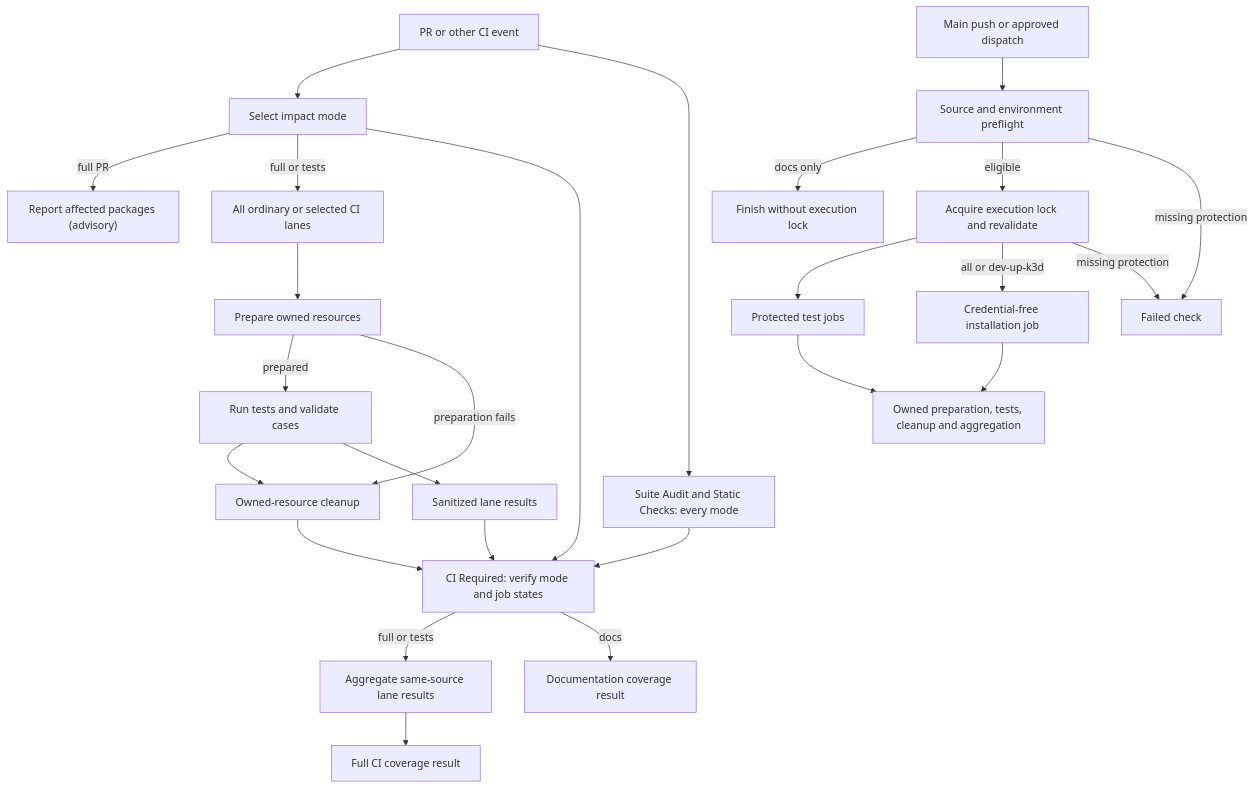
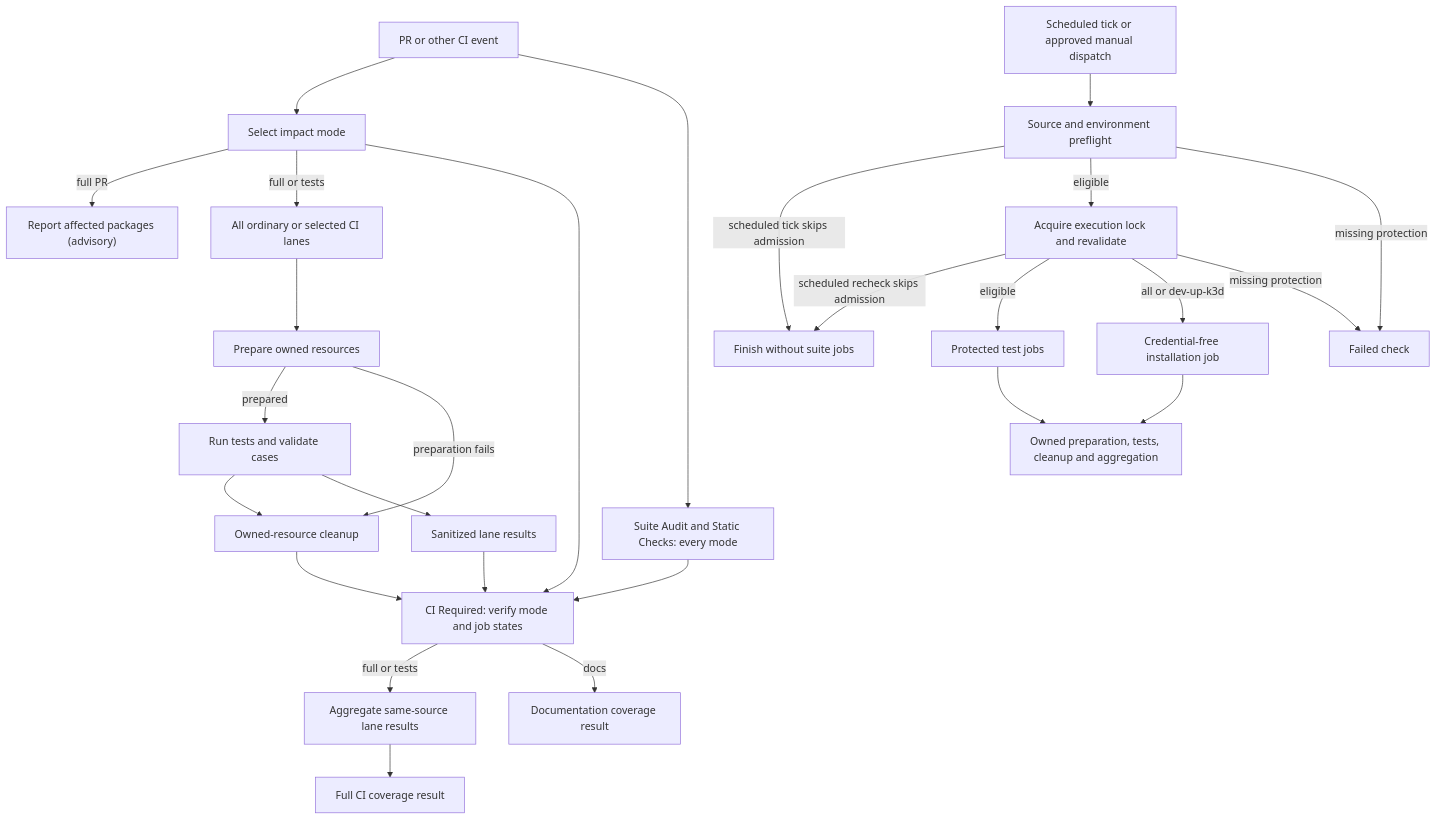
Before and after one commit to openclaw/openclaw-enterprise: the diagram in docs/flows/github-actions-testing.md, drawn with Mermaid.

Commit message:
docs: show scheduled Full Integration admission

````diff
--- a/docs/flows/github-actions-testing.md
+++ b/docs/flows/github-actions-testing.md
@@ -22,28 +22,29 @@
 ```mermaid
 graph TD
   A["PR or other CI event"] --> S["Select impact mode"]
   A --> N["Suite Audit and Static Checks: every mode"]
   S -->|full PR| Q["Report affected packages (advisory)"]
   S -->|full or tests| B["All ordinary or selected CI lanes"]
   B --> F["Prepare owned resources"]
   F -->|prepared| H["Run tests and validate cases"]
   F -->|preparation fails| J["Owned-resource cleanup"]
   H --> J
   H --> K["Sanitized lane results"]
   J --> G["CI Required: verify mode and job states"]
   S --> G
   N --> G
   K --> G
   G -->|full or tests| L["Aggregate same-source lane results"]
   G -->|docs| M["Documentation coverage result"]
   L --> R["Full CI coverage result"]
-  C["Main push or approved dispatch"] --> P["Source and environment preflight"]
-  P -->|docs only| D["Finish without execution lock"]
+  C["Scheduled tick or approved manual dispatch"] --> P["Source and environment preflight"]
+  P -->|scheduled tick skips admission| D["Finish without suite jobs"]
   P -->|eligible| V["Acquire execution lock and revalidate"]
-  V --> E["Protected test jobs"]
+  V -->|scheduled recheck skips admission| D
+  V -->|eligible| E["Protected test jobs"]
   V -->|all or dev-up-k3d| U["Credential-free installation job"]
   U --> T
   P -->|missing protection| X["Failed check"]
   V -->|missing protection| X
   E --> T["Owned preparation, tests, cleanup and aggregation"]
 ```
````
